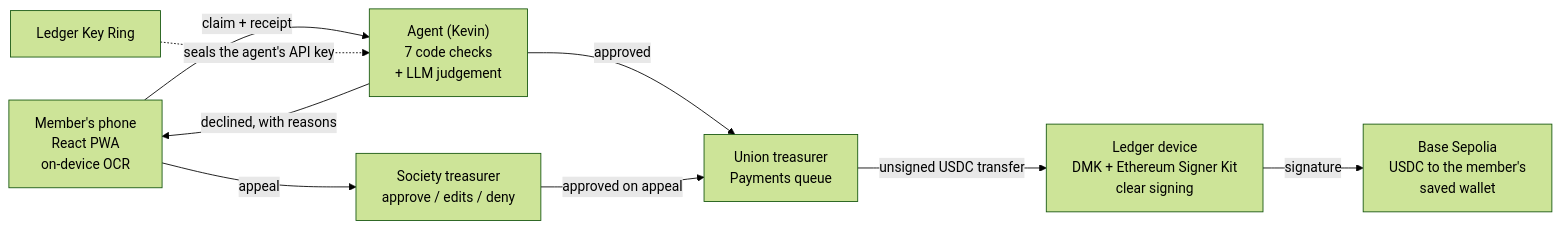
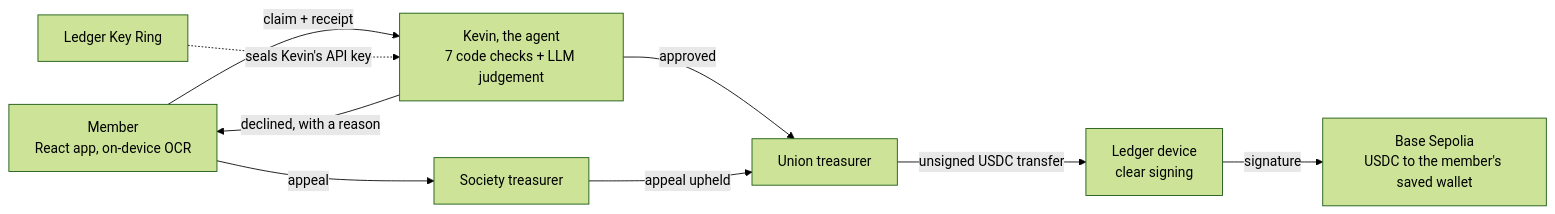
Before and after one commit to tamrachan/soc-fi: the diagram in README.md, drawn with Mermaid (forest theme). The commit also changed other lines of this file and 21 other files, not shown here.

````diff
--- a/README.md
+++ b/README.md
@@ -22,11 +19,11 @@
 ```mermaid
 flowchart LR
-  M["Member's phone<br/>React PWA<br/>on-device OCR"] -->|claim + receipt| A["Agent (Kevin)<br/>7 code checks<br/>+ LLM judgement"]
-  A -->|declined, with reasons| M
-  M -->|appeal| S["Society treasurer<br/>approve / edits / deny"]
-  A -->|approved| Q["Union treasurer<br/>Payments queue"]
-  S -->|approved on appeal| Q
-  Q -->|unsigned USDC transfer| L["Ledger device<br/>DMK + Ethereum Signer Kit<br/>clear signing"]
-  L -->|signature| B["Base Sepolia<br/>USDC to the member's<br/>saved wallet"]
-  K["Ledger Key Ring"] -.->|seals the agent's API key| A
+  M["Member<br/>React app, on-device OCR"] -->|claim + receipt| A["Kevin, the agent<br/>7 code checks + LLM judgement"]
+  A -->|declined, with a reason| M
+  M -->|appeal| S["Society treasurer"]
+  A -->|approved| Q["Union treasurer"]
+  S -->|appeal upheld| Q
+  Q -->|unsigned USDC transfer| L["Ledger device<br/>clear signing"]
+  L -->|signature| B["Base Sepolia<br/>USDC to the member's saved wallet"]
+  K["Ledger Key Ring"] -.->|seals Kevin's API key| A
 ```
````
